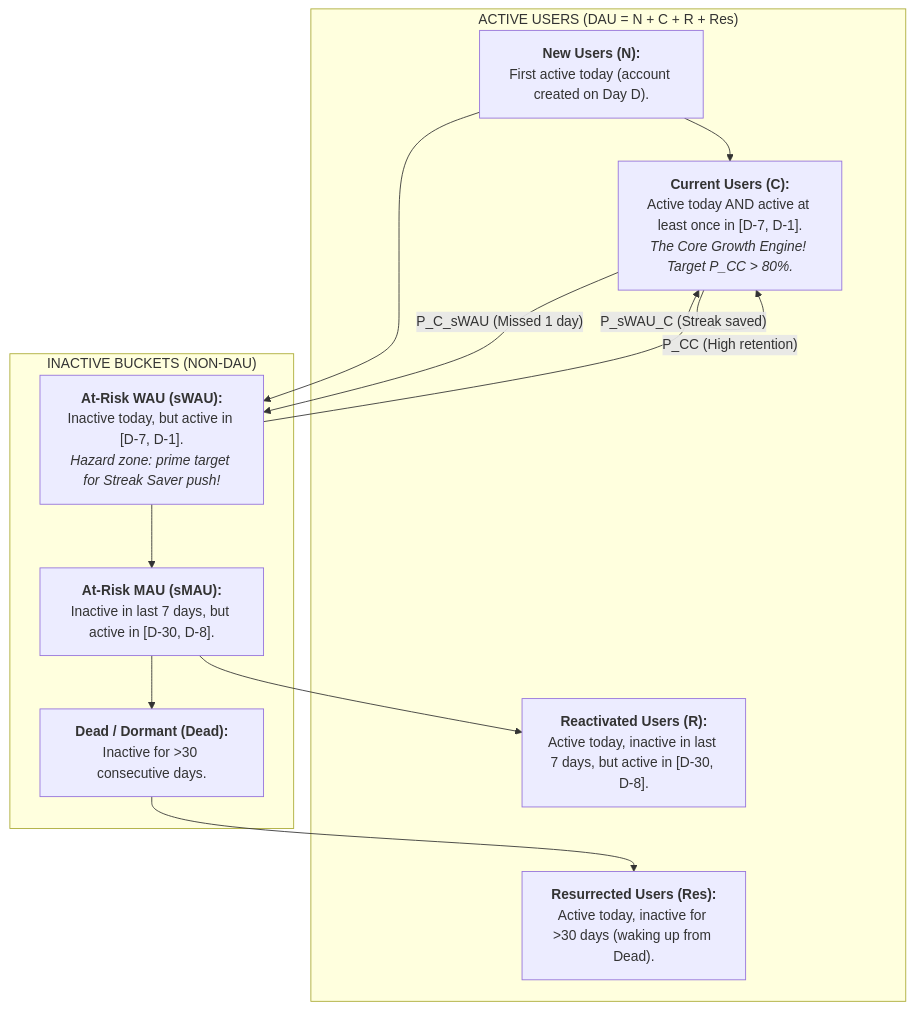
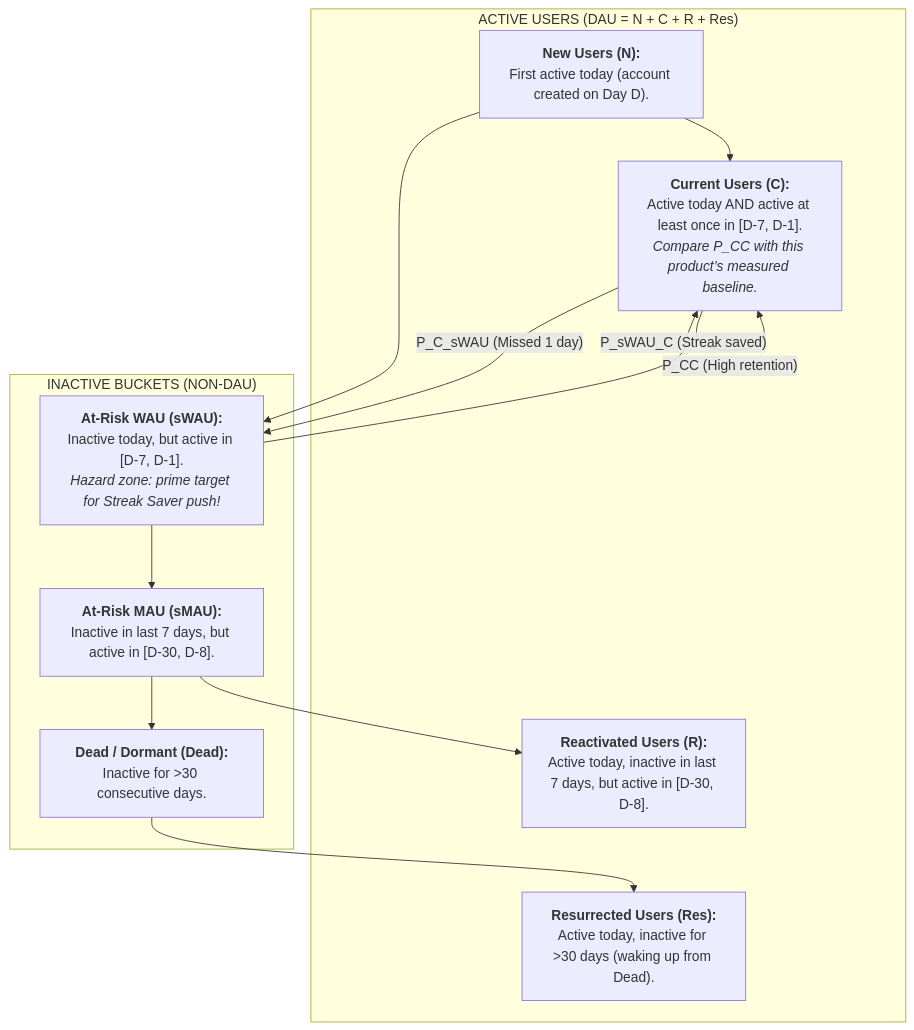
Before and after one commit to jimnguyendev/jimmy-kit: the first of 2 diagrams in skills/analytics/growth-markov-duolingo/SKILL.md, drawn with Mermaid. The commit also changed other lines of this file and 92 other files, not shown here.

````diff
--- a/skills/analytics/growth-markov-duolingo/SKILL.md
+++ b/skills/analytics/growth-markov-duolingo/SKILL.md
@@ -23,25 +24,25 @@
 ```mermaid
 graph TD
     subgraph ACTIVE_DAU["ACTIVE USERS (DAU = N + C + R + Res)"]
         N["<b>New Users (N):</b><br/>First active today (account created on Day D)."]
-        C["<b>Current Users (C):</b><br/>Active today AND active at least once in [D-7, D-1].<br/><i>The Core Growth Engine! Target P_CC > 80%.</i>"]
+        C["<b>Current Users (C):</b><br/>Active today AND active at least once in [D-7, D-1].<br/><i>Compare P_CC with this product’s measured baseline.</i>"]
         R["<b>Reactivated Users (R):</b><br/>Active today, inactive in last 7 days, but active in [D-30, D-8]."]
         Res["<b>Resurrected Users (Res):</b><br/>Active today, inactive for >30 days (waking up from Dead)."]
     end
 
     subgraph INACTIVE_BUCKETS["INACTIVE BUCKETS (NON-DAU)"]
         sWAU["<b>At-Risk WAU (sWAU):</b><br/>Inactive today, but active in [D-7, D-1].<br/><i>Hazard zone: prime target for Streak Saver push!</i>"]
         sMAU["<b>At-Risk MAU (sMAU):</b><br/>Inactive in last 7 days, but active in [D-30, D-8]."]
         Dead["<b>Dead / Dormant (Dead):</b><br/>Inactive for >30 consecutive days."]
     end
 
     N --> C
     N --> sWAU
     C -->|"P_CC (High retention)"| C
     C -->|"P_C_sWAU (Missed 1 day)"| sWAU
     sWAU -->|"P_sWAU_C (Streak saved)"| C
     sWAU --> sMAU
     sMAU --> R
     sMAU --> Dead
     Dead --> Res
 ```
````
